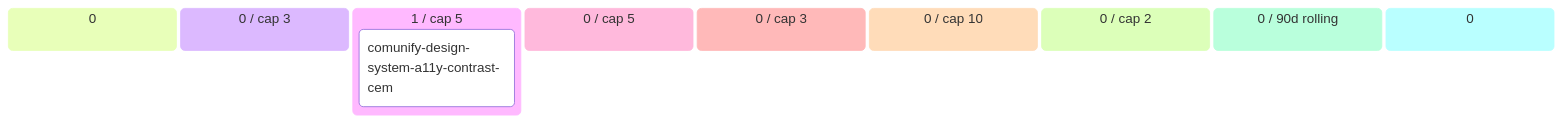
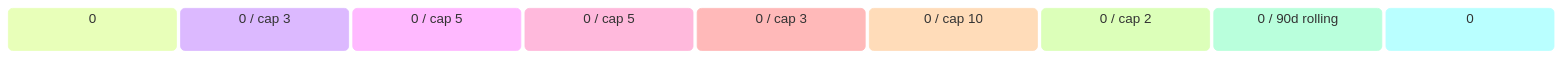
Before and after one commit to alpaca-purpura/luana-platform: the diagram in comunify/docs/product/BACKLOG.md, drawn with Mermaid. The commit also changed other lines of this file and 28 other files, not shown here.

````diff
--- a/comunify/docs/product/BACKLOG.md
+++ b/comunify/docs/product/BACKLOG.md
@@ -39,13 +39,12 @@
 ```mermaid
 kanban
   💡 Ideas (0)
   🔬 Refining (0 / cap 3)
-  ✅ Refined (1 / cap 5)
-    comunify-design-system-a11y-co[comunify-design-system-a11y-contrast-cem]
+  ✅ Refined (0 / cap 5)
   📦 Ready (0 / cap 5)
   🔨 Developing (0 / cap 3)
   🧪 Developed (0 / cap 10)
   🔍 Reviewing (0 / cap 2)
   ✅ Done (0 / 90d rolling)
   🅿 Parked (0)
 ```
````
